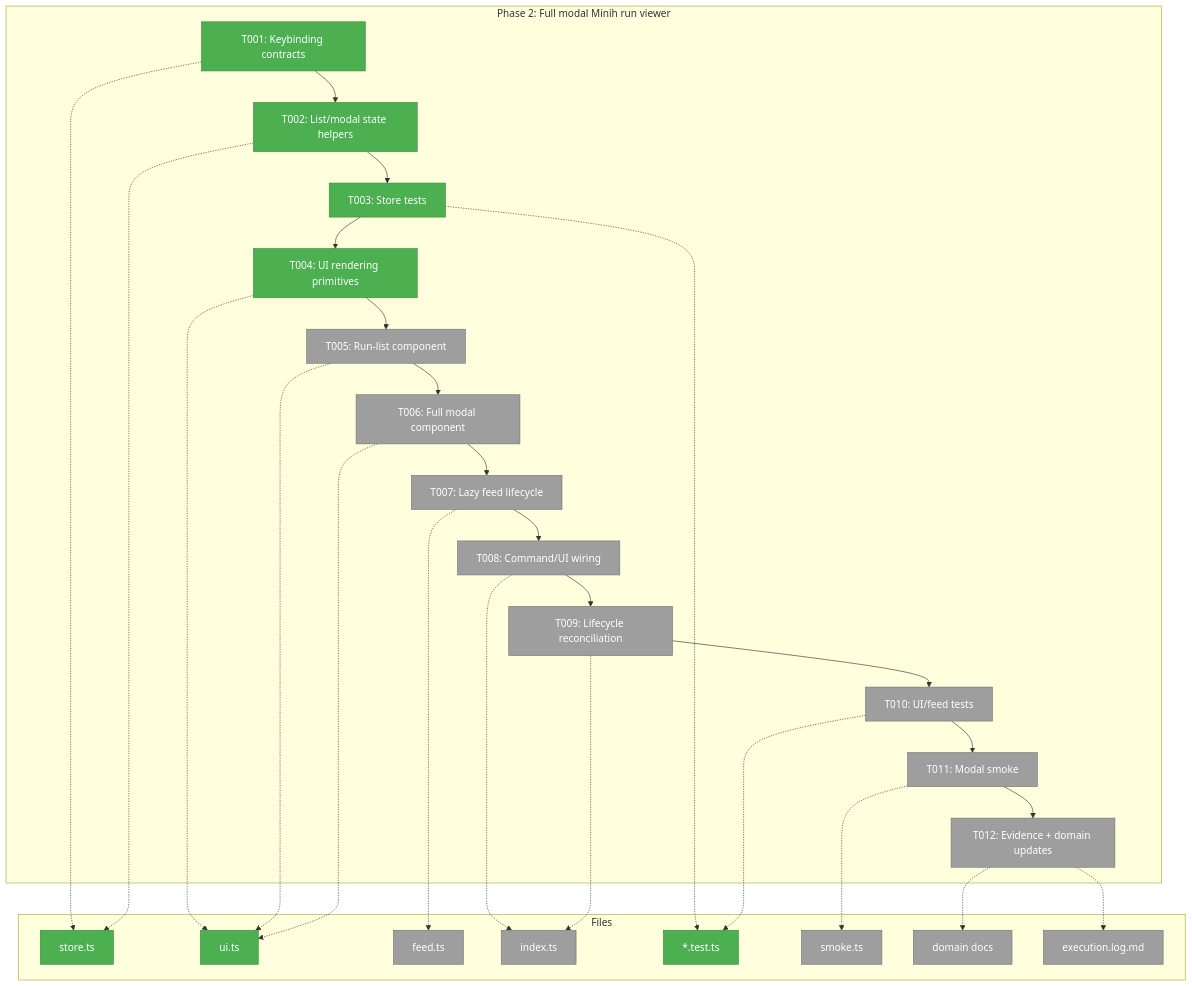
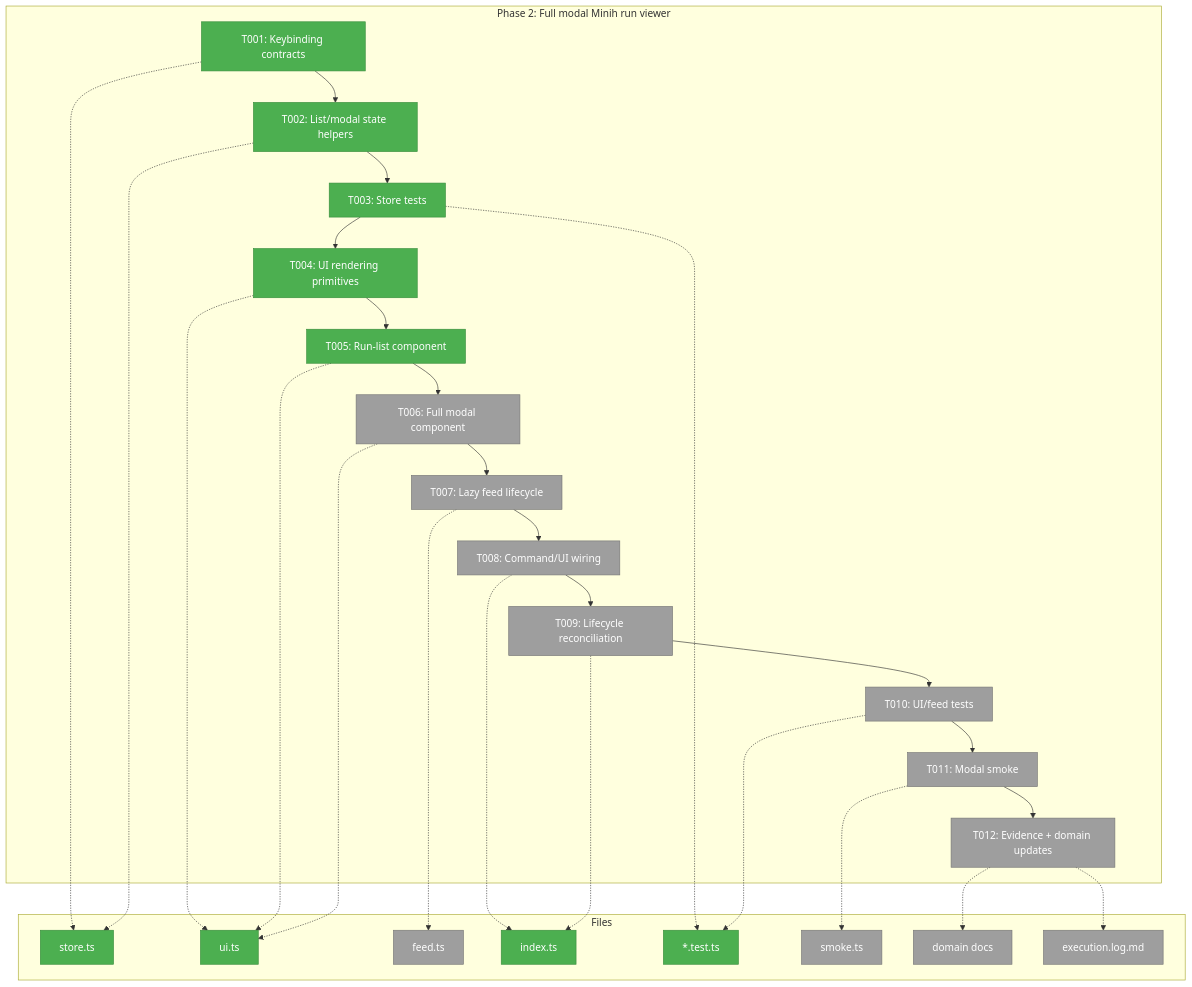
Before and after one commit to vaughanknight/pij: the first of 3 diagrams in docs/plans/007-options-for-pi-extensions-that-do-subagents/tasks/phase-2-full-modal-minih-run-viewer/tasks.md, drawn with Mermaid. The commit also changed other lines of this file and 4 other files, not shown here.

Commit message:
feat(minih): add interactive run list

````diff
--- a/docs/plans/007-options-for-pi-extensions-that-do-subagents/tasks/phase-2-full-modal-minih-run-viewer/tasks.md
+++ b/docs/plans/007-options-for-pi-extensions-that-do-subagents/tasks/phase-2-full-modal-minih-run-viewer/tasks.md
@@ -135,47 +135,47 @@
 ```mermaid
 flowchart TD
     classDef pending fill:#9E9E9E,stroke:#757575,color:#fff
     classDef inprogress fill:#FFC107,stroke:#FFA000,color:#000
     classDef completed fill:#4CAF50,stroke:#388E3C,color:#fff
 
     subgraph Phase["Phase 2: Full modal Minih run viewer"]
         T001["T001: Keybinding contracts"]:::completed
         T002["T002: List/modal state helpers"]:::completed
         T003["T003: Store tests"]:::completed
         T004["T004: UI rendering primitives"]:::completed
-        T005["T005: Run-list component"]:::pending
+        T005["T005: Run-list component"]:::completed
         T006["T006: Full modal component"]:::pending
         T007["T007: Lazy feed lifecycle"]:::pending
         T008["T008: Command/UI wiring"]:::pending
         T009["T009: Lifecycle reconciliation"]:::pending
         T010["T010: UI/feed tests"]:::pending
         T011["T011: Modal smoke"]:::pending
         T012["T012: Evidence + domain updates"]:::pending
         T001 --> T002 --> T003 --> T004 --> T005 --> T006 --> T007 --> T008 --> T009 --> T010 --> T011 --> T012
     end
 
     subgraph Files["Files"]
         F1["store.ts"]:::completed
         F2["ui.ts"]:::completed
         F3["feed.ts"]:::pending
-        F4["index.ts"]:::pending
+        F4["index.ts"]:::completed
         F5["*.test.ts"]:::completed
         F6["smoke.ts"]:::pending
         F7["domain docs"]:::pending
         F8["execution.log.md"]:::pending
     end
 
     T001 -.-> F1
     T002 -.-> F1
     T003 -.-> F5
     T004 -.-> F2
     T005 -.-> F2
     T006 -.-> F2
     T007 -.-> F3
     T008 -.-> F4
     T009 -.-> F4
     T010 -.-> F5
     T011 -.-> F6
     T012 -.-> F7
     T012 -.-> F8
 ```
````
